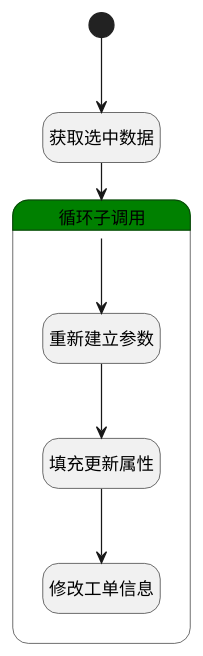
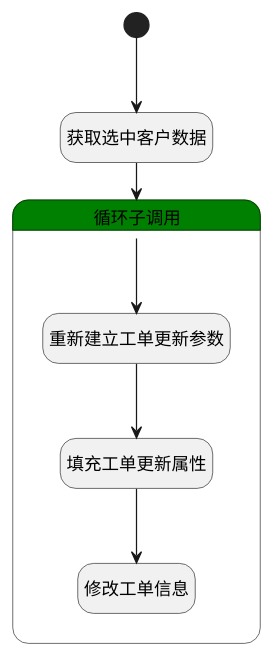
One commit to iBizLab/plm changed the diagram in doc/docsify/module/ProdMgmt/ticket/logic/customer_choose_ticket.md. Above: the diagram before and after it, drawn with PlantUML. The commit also changed other lines of this file and 1068 other files, not shown here.

````diff
--- a/doc/docsify/module/ProdMgmt/ticket/logic/customer_choose_ticket.md
+++ b/doc/docsify/module/ProdMgmt/ticket/logic/customer_choose_ticket.md
@@ -7,28 +7,28 @@
 ```plantuml
 @startuml
 hide empty description
 <style>
 root {
   HyperlinkColor #42b983
 }
 </style>
 
 hide empty description
 state "开始" as Begin <<start>> [[$./customer_choose_ticket#begin {"开始"}]]
-state "获取选中数据" as PREPAREPARAM1  [[$./customer_choose_ticket#prepareparam1 {"获取选中数据"}]]
+state "获取选中客户数据" as PREPAREPARAM1  [[$./customer_choose_ticket#prepareparam1 {"获取选中客户数据"}]]
 state "循环子调用" as LOOPSUBCALL1  [[$./customer_choose_ticket#loopsubcall1 {"循环子调用"}]] #green {
-state "重新建立参数" as RENEWPARAM1  [[$./customer_choose_ticket#renewparam1 {"重新建立参数"}]]
-state "填充更新属性" as PREPAREPARAM2  [[$./customer_choose_ticket#prepareparam2 {"填充更新属性"}]]
+state "重新建立工单更新参数" as RENEWPARAM1  [[$./customer_choose_ticket#renewparam1 {"重新建立工单更新参数"}]]
+state "填充工单更新属性" as PREPAREPARAM2  [[$./customer_choose_ticket#prepareparam2 {"填充工单更新属性"}]]
 state "修改工单信息" as DEACTION1  [[$./customer_choose_ticket#deaction1 {"修改工单信息"}]]
 }
 
 
 Begin --> PREPAREPARAM1
 PREPAREPARAM1 --> LOOPSUBCALL1
 LOOPSUBCALL1 --> RENEWPARAM1
 RENEWPARAM1 --> PREPAREPARAM2
 PREPAREPARAM2 --> DEACTION1
 
 
 @enduml
 ```
````
